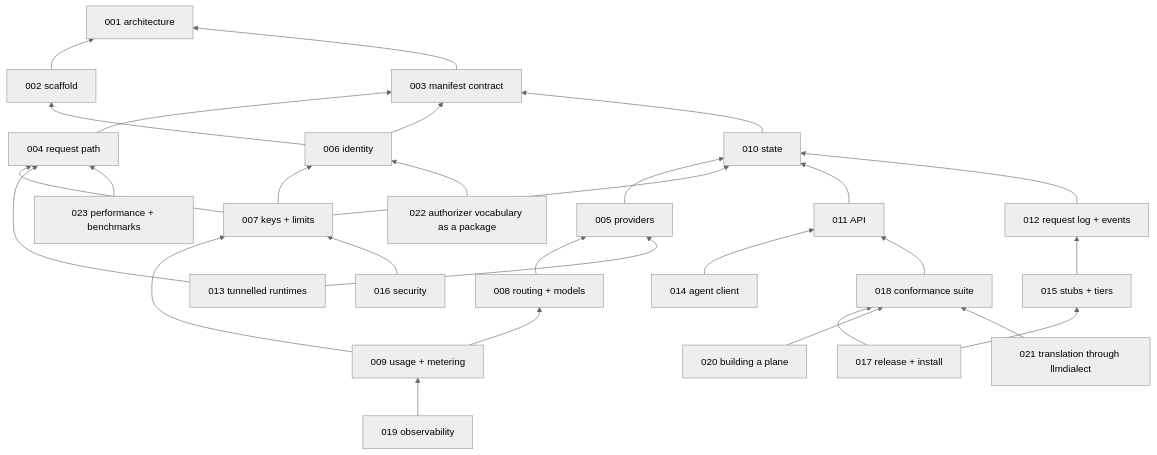
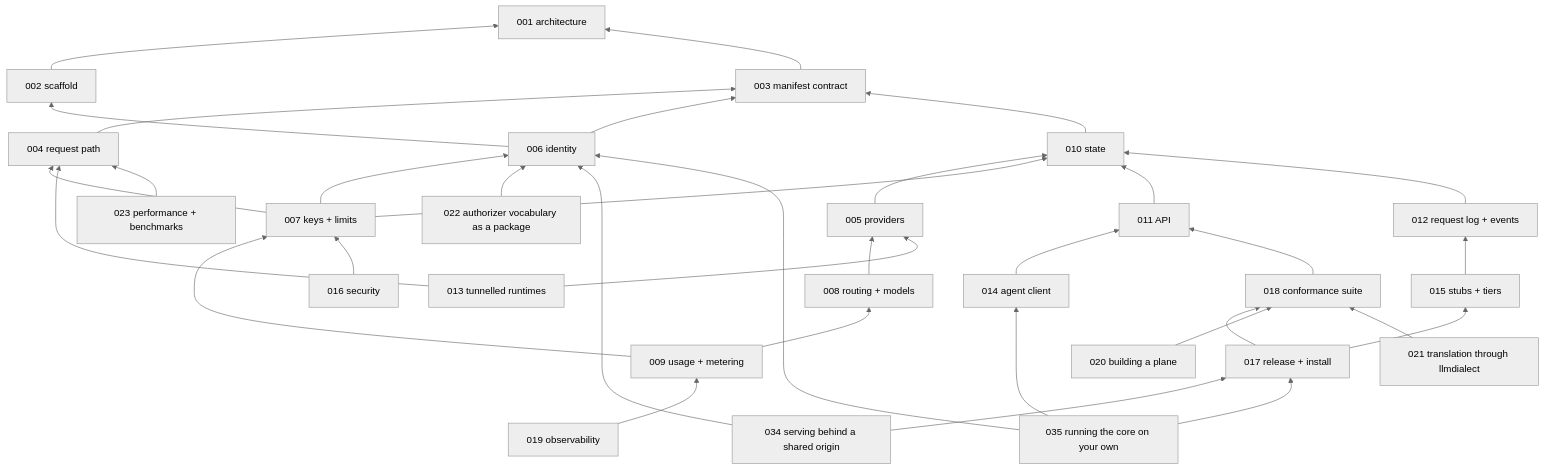
Before and after one commit to latere-ai/lux: the second of 2 diagrams in specs/README.md, drawn with Mermaid (neutral theme). The commit also changed other lines of this file and 2 other files, not shown here.

Commit message:
specs: 034 and 035, serving behind a shared origin and running the core on your own
034: LUX_OIDC_AUDIENCE as a list with the first entry primary, LUX_BASE_PATH
as a wrapper on the public listener with the served OpenAPI document
rewritten, trusted proxies, what an installation's overlay adds; the
tree names no coordinate of any installation. 035: a local issuer on
authkit/jwt's LocalIssuer, bootstrap manifests applied once at start
with credentials from the environment, the example priced catalog, and
the shortest path to a first completion.

````diff
--- a/specs/README.md
+++ b/specs/README.md
@@ -97,54 +99,61 @@
 ```mermaid
 flowchart BT
   S001[001 architecture]
   S002[002 scaffold]
   S003[003 manifest contract]
   S004[004 request path]
   S005[005 providers]
   S006[006 identity]
   S007[007 keys + limits]
   S008[008 routing + models]
   S009[009 usage + metering]
   S010[010 state]
   S011[011 API]
   S012[012 request log + events]
   S013[013 tunnelled runtimes]
   S014[014 agent client]
   S015[015 stubs + tiers]
   S016[016 security]
   S017[017 release + install]
   S018[018 conformance suite]
   S019[019 observability]
   S020[020 building a plane]
   S021[021 translation through llmdialect]
   S022[022 authorizer vocabulary as a package]
   S023[023 performance + benchmarks]
+  S034[034 serving behind a shared origin]
+  S035[035 running the core on your own]
   S002 --> S001
   S003 --> S001
   S004 --> S003
   S005 --> S010
   S006 --> S002
   S006 --> S003
   S007 --> S004
   S007 --> S006
   S007 --> S010
   S008 --> S005
   S009 --> S007
   S009 --> S008
   S010 --> S003
   S011 --> S010
   S012 --> S010
   S013 --> S004
   S013 --> S005
   S014 --> S011
   S015 --> S012
   S016 --> S007
   S017 --> S015
   S017 --> S018
   S018 --> S011
   S019 --> S009
   S020 --> S018
   S021 --> S018
   S022 --> S006
   S023 --> S004
+  S034 --> S006
+  S034 --> S017
+  S035 --> S006
+  S035 --> S014
+  S035 --> S017
 ```
````
